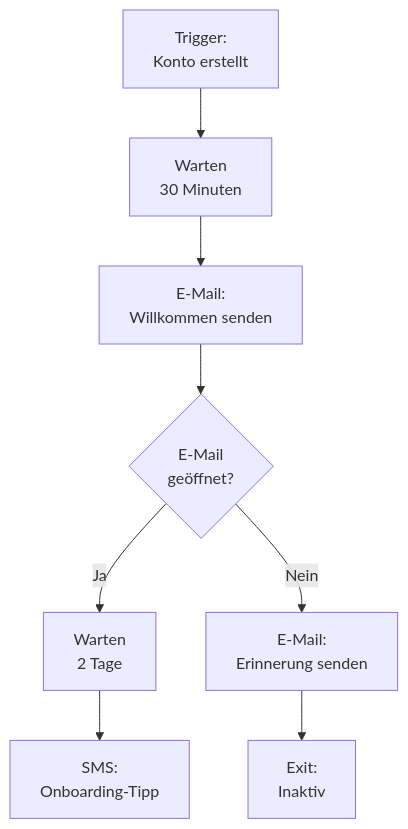
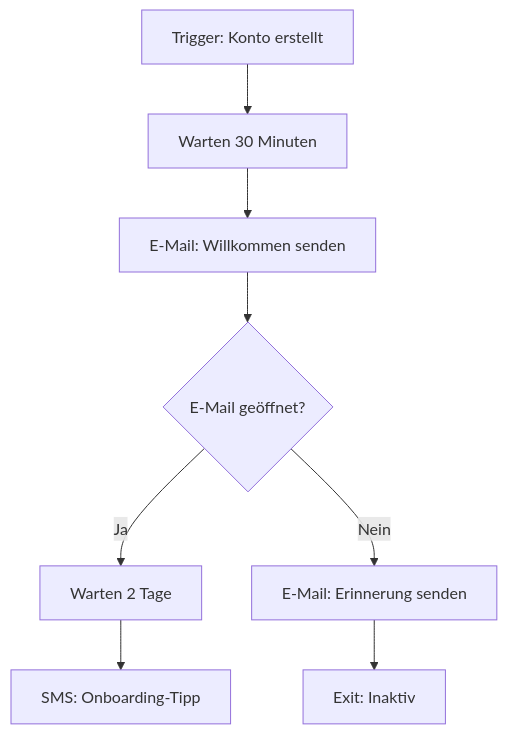
One commit to SoniiiT/notes-n-docs changed the fourth of 5 diagrams in Microsoft 365/Dynamics 365/Dynamics 365 Customer Insights.md. Above: the diagram before and after it, drawn with Mermaid. The commit also changed other lines of this file and 124 other files, not shown here.

First line of the commit message:
fix: Entferne \n aus allen Mermaid-Diagrammen (125 Dateien)

````diff
--- a/Microsoft 365/Dynamics 365/Dynamics 365 Customer Insights.md
+++ b/Microsoft 365/Dynamics 365/Dynamics 365 Customer Insights.md
@@ -177,10 +177,10 @@
 ```mermaid
 graph TD
-    TRIG[Trigger:\nKonto erstellt] --> WAIT1[Warten\n30 Minuten]
-    WAIT1 --> EMAIL1[E-Mail:\nWillkommen senden]
-    EMAIL1 --> IF1{E-Mail\ngeöffnet?}
-    IF1 -->|Ja| WAIT2[Warten\n2 Tage]
-    IF1 -->|Nein| EMAIL2[E-Mail:\nErinnerung senden]
-    WAIT2 --> SMS1[SMS:\nOnboarding-Tipp]
-    EMAIL2 --> EXIT1[Exit:\nInaktiv]
+    TRIG[Trigger: Konto erstellt] --> WAIT1[Warten 30 Minuten]
+    WAIT1 --> EMAIL1[E-Mail: Willkommen senden]
+    EMAIL1 --> IF1{E-Mail geöffnet?}
+    IF1 -->|Ja| WAIT2[Warten 2 Tage]
+    IF1 -->|Nein| EMAIL2[E-Mail: Erinnerung senden]
+    WAIT2 --> SMS1[SMS: Onboarding-Tipp]
+    EMAIL2 --> EXIT1[Exit: Inaktiv]
 ```
````
